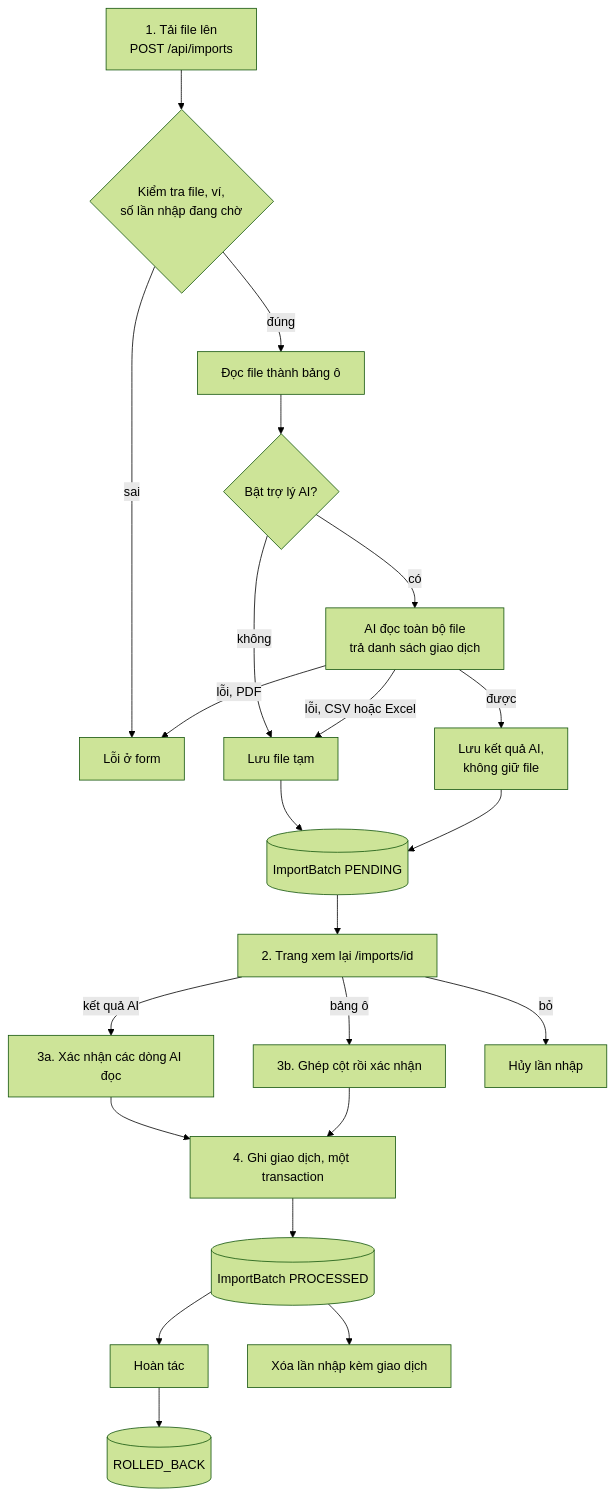
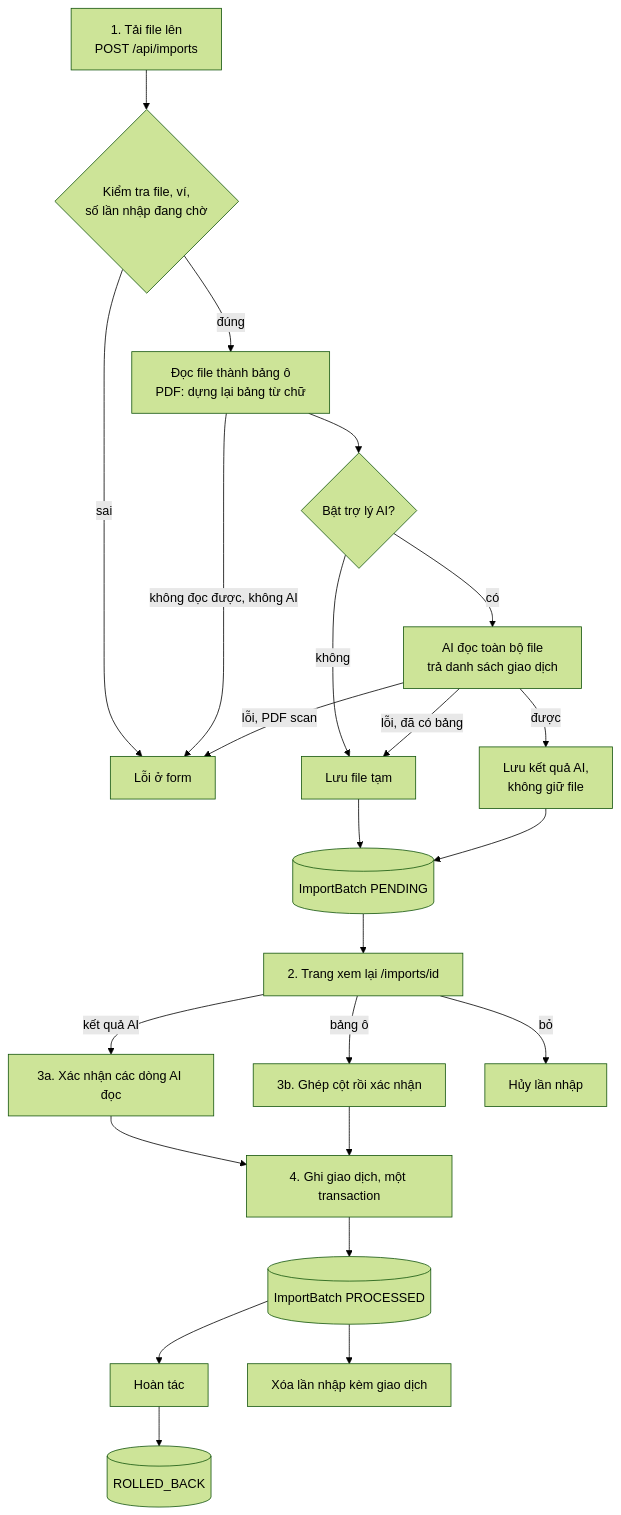
Before and after one commit to copirlo20/Financial-Management: the first of 2 diagrams in docs/import-flow.md, drawn with Mermaid (forest theme). The commit also changed other lines of this file and 72 other files, not shown here.

````diff
--- a/docs/import-flow.md
+++ b/docs/import-flow.md
@@ -31,23 +32,24 @@
 ```mermaid
 flowchart TD
     U[1. Tải file lên<br/>POST /api/imports] --> V{Kiểm tra file, ví,<br/>số lần nhập đang chờ}
     V -- sai --> E1[Lỗi ở form]
-    V -- đúng --> P[Đọc file thành bảng ô]
+    V -- đúng --> P[Đọc file thành bảng ô<br/>PDF: dựng lại bảng từ chữ]
+    P -- không đọc được, không AI --> E1
     P --> AI{Bật trợ lý AI?}
     AI -- không --> T[Lưu file tạm]
     AI -- có --> R[AI đọc toàn bộ file<br/>trả danh sách giao dịch]
-    R -- lỗi, CSV hoặc Excel --> T
-    R -- lỗi, PDF --> E1
+    R -- lỗi, đã có bảng --> T
+    R -- lỗi, PDF scan --> E1
     R -- được --> X[Lưu kết quả AI,<br/>không giữ file]
     T --> B[(ImportBatch PENDING)]
     X --> B
     B --> S[2. Trang xem lại /imports/id]
     S -- kết quả AI --> C1[3a. Xác nhận các dòng AI đọc]
     S -- bảng ô --> C2[3b. Ghép cột rồi xác nhận]
     S -- bỏ --> X1[Hủy lần nhập]
     C1 --> W[4. Ghi giao dịch, một transaction]
     C2 --> W
     W --> D[(ImportBatch PROCESSED)]
     D --> RB[Hoàn tác] --> RR[(ROLLED_BACK)]
     D --> DEL[Xóa lần nhập kèm giao dịch]
 ```
````
